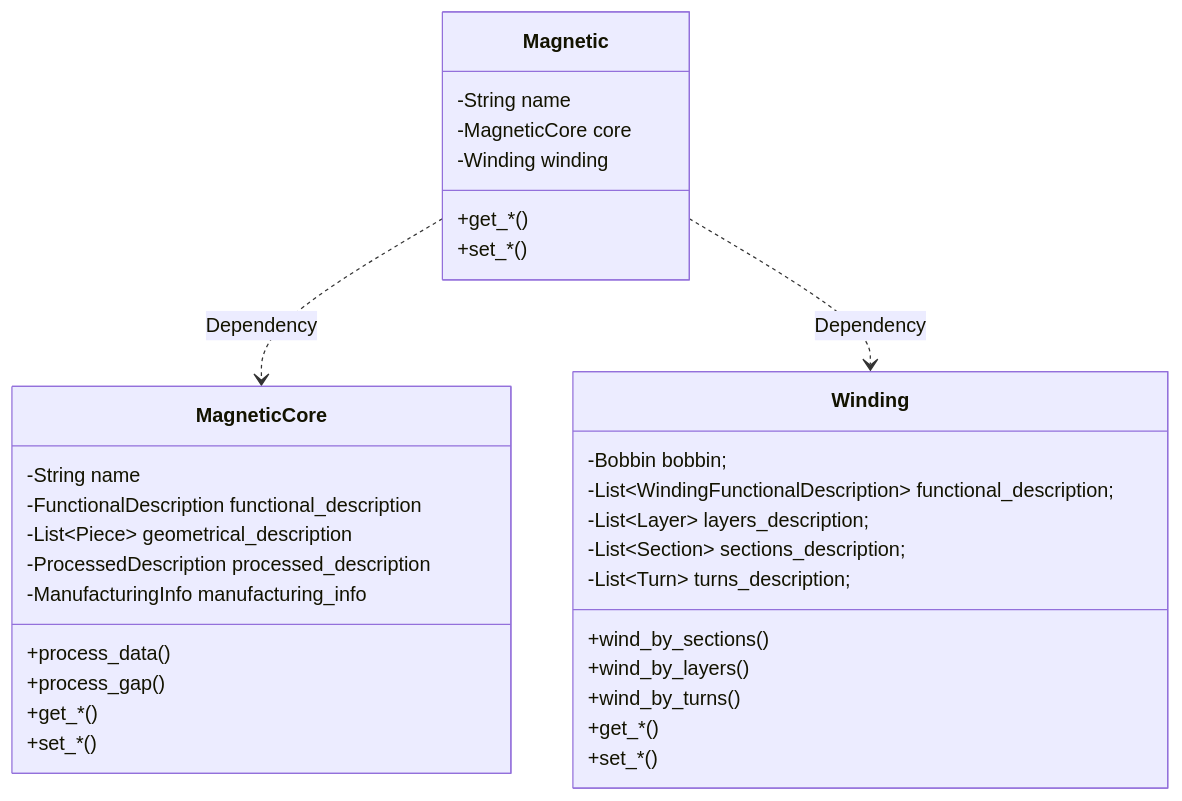
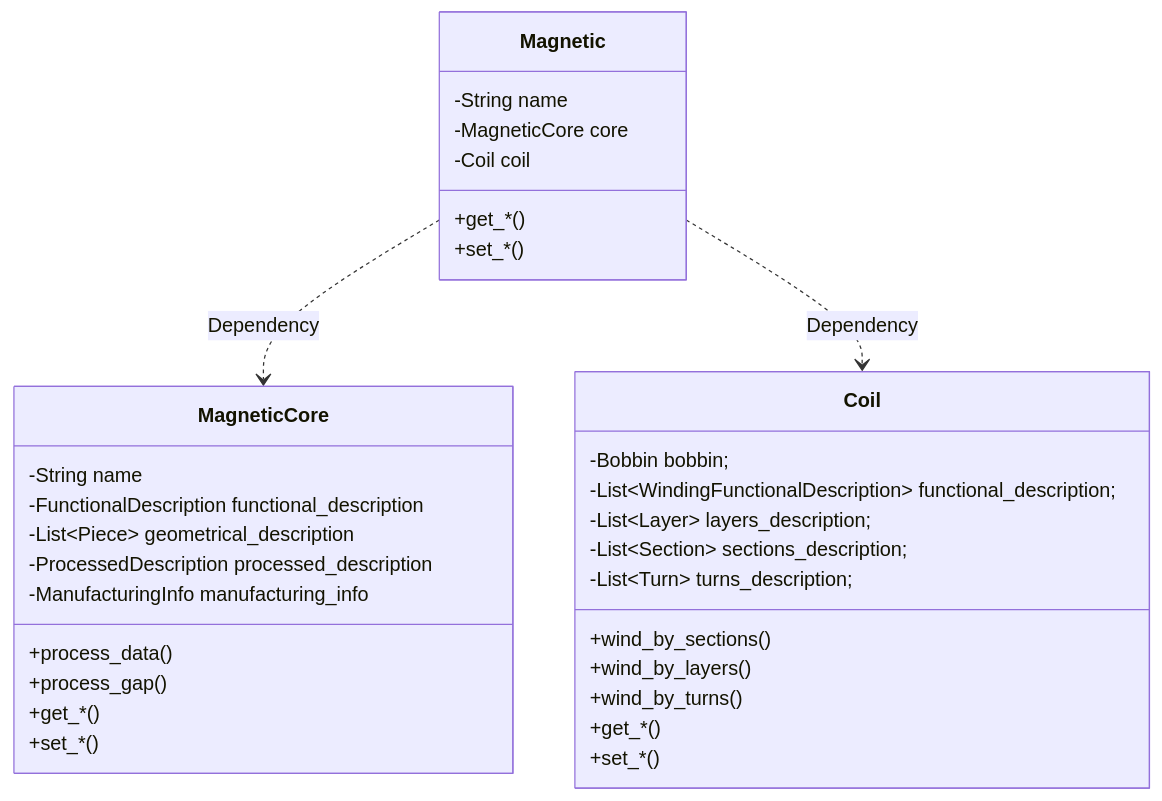
Before and after one commit to OpenMagnetics/MAS: the diagram in docs/magnetic.md, drawn with Mermaid. The commit also changed other lines of this file, not shown here.

````diff
--- a/docs/magnetic.md
+++ b/docs/magnetic.md
@@ -17,46 +17,46 @@
 ```mermaid
 classDiagram
 
 class Magnetic {
     
     -String name
     -MagneticCore core
-    -Winding winding
+    -Coil coil
 
     +get_*()
     +set_*()
     
 }
 Magnetic ..> MagneticCore : Dependency
-Magnetic ..> Winding : Dependency
+Magnetic ..> Coil : Dependency
 
 
 class MagneticCore {
 
     -String name
     -FunctionalDescription functional_description
     -List~Piece~ geometrical_description
     -ProcessedDescription processed_description
     -ManufacturingInfo manufacturing_info
 
     +process_data()
     +process_gap()
     +get_*()
     +set_*()
 }
 
-class Winding {
+class Coil {
     -Bobbin bobbin;
     -List~WindingFunctionalDescription~ functional_description;
     -List~Layer~ layers_description;
     -List~Section~ sections_description;
     -List~Turn~ turns_description;
 
     +wind_by_sections()
     +wind_by_layers()
     +wind_by_turns()
     +get_*()
     +set_*()
 }
 
 ```
````
